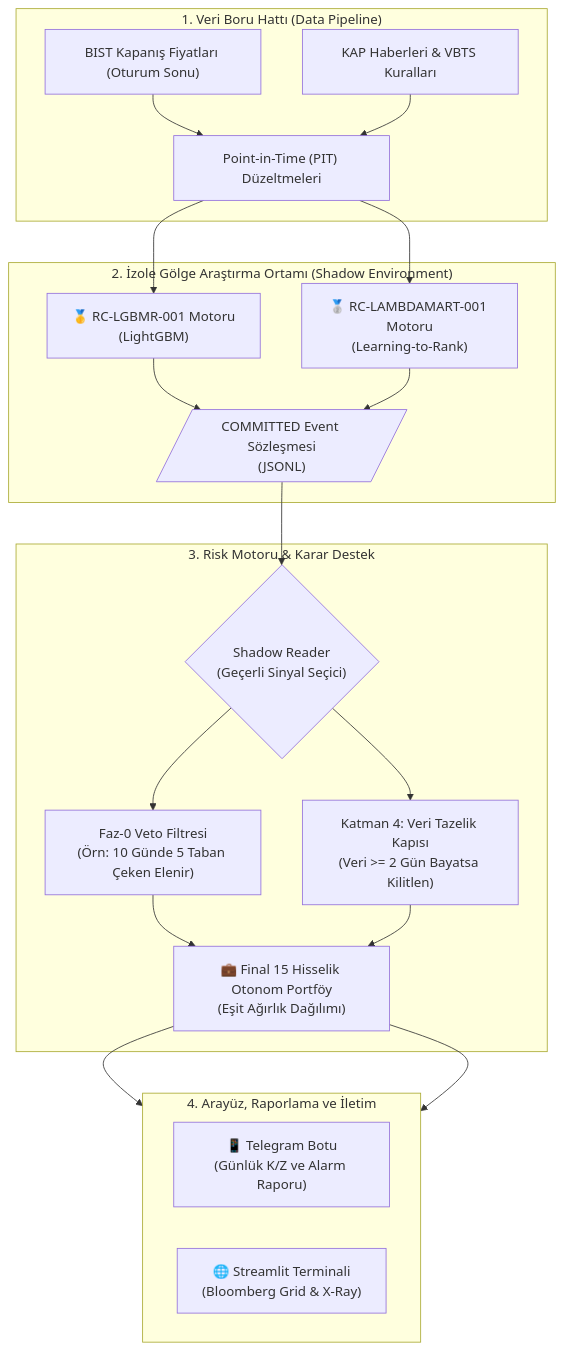
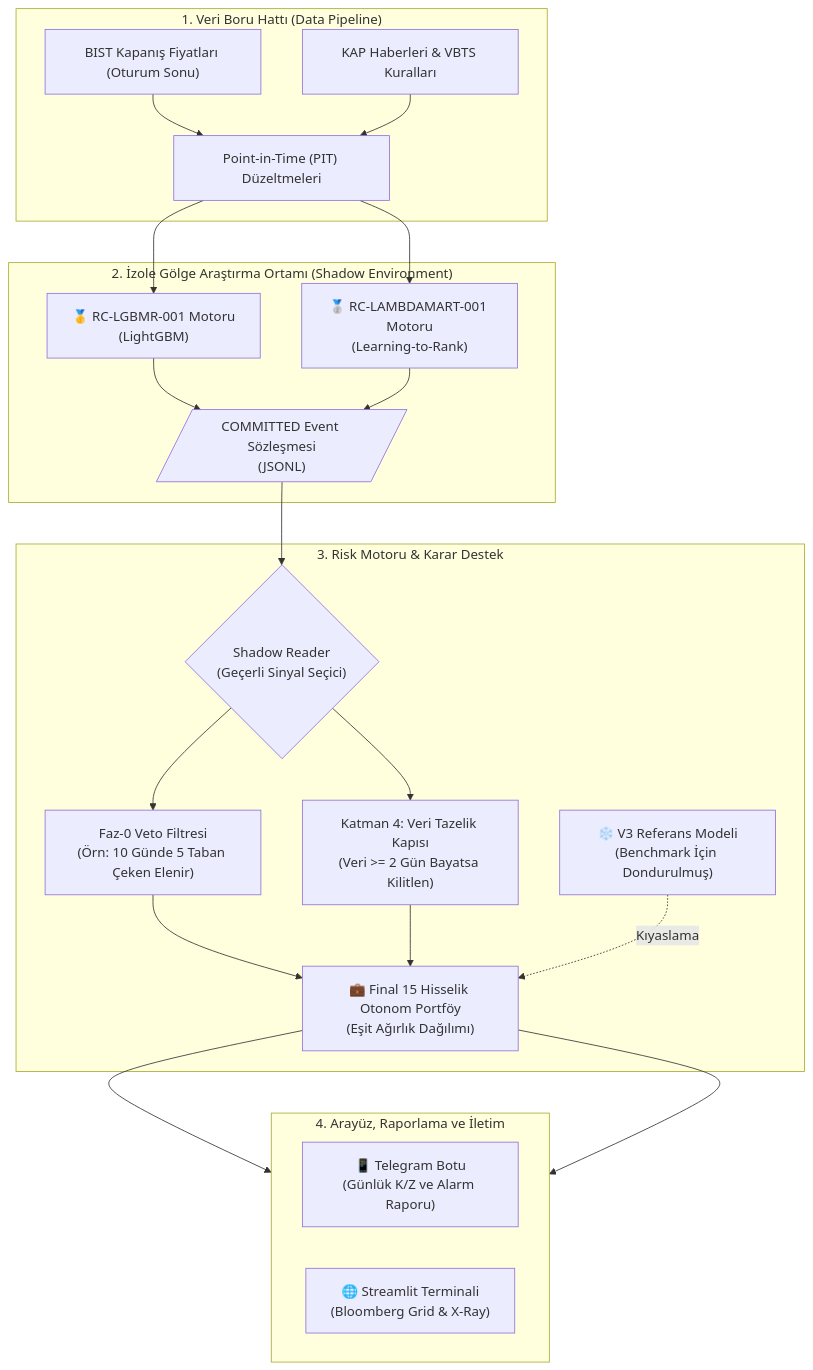
One commit to emreerbasli/bist-quant-ranking changed the diagram in README.md. Above: the diagram before and after it, drawn with Mermaid. The commit also changed other lines of this file, not shown here.

Commit message:
add frozen v3 reference model to architecture

````diff
--- a/README.md
+++ b/README.md
@@ -33,34 +35,35 @@
 ```mermaid
 graph TD
     %% 1. Veri Katmanı
     subgraph S1 ["1. Veri Boru Hattı (Data Pipeline)"]
         A1["BIST Kapanış Fiyatları (Oturum Sonu)"] --> A3["Point-in-Time (PIT) Düzeltmeleri"]
         A2["KAP Haberleri & VBTS Kuralları"] --> A3
     end
 
     %% 2. Araştırma ve Olay Katmanı
     subgraph S2 ["2. İzole Gölge Araştırma Ortamı (Shadow Environment)"]
         B1["🥇 RC-LGBMR-001 Motoru<br/>(LightGBM)"]
         B2["🥈 RC-LAMBDAMART-001 Motoru<br/>(Learning-to-Rank)"]
         A3 --> B1
         A3 --> B2
         B1 --> C1[/"COMMITTED Event Sözleşmesi<br/>(JSONL)"/]
         B2 --> C1
     end
 
     %% 3. Risk ve Çıkış Motoru
     subgraph S3 ["3. Risk Motoru & Karar Destek"]
         C1 --> D1{"Shadow Reader<br/>(Geçerli Sinyal Seçici)"}
         D1 --> E1["Faz-0 Veto Filtresi<br/>(Örn: 10 Günde 5 Taban Çeken Elenir)"]
         D1 --> E2["Katman 4: Veri Tazelik Kapısı<br/>(Veri >= 2 Gün Bayatsa Kilitlen)"]
         E1 --> F1["💼 Final 15 Hisselik Otonom Portföy<br/>(Eşit Ağırlık Dağılımı)"]
         E2 --> F1
+        F2["❄️ V3 Referans Modeli<br/>(Benchmark İçin Dondurulmuş)"] -. Kıyaslama .-> F1
     end
 
     %% 4. İletişim Arayüzü
     subgraph S4 ["4. Arayüz, Raporlama ve İletim"]
         direction LR
         F1 --> G1["📱 Telegram Botu<br/>(Günlük K/Z ve Alarm Raporu)"]
         F1 --> G2["🌐 Streamlit Terminali<br/>(Bloomberg Grid & X-Ray)"]
     end
 ```
````
